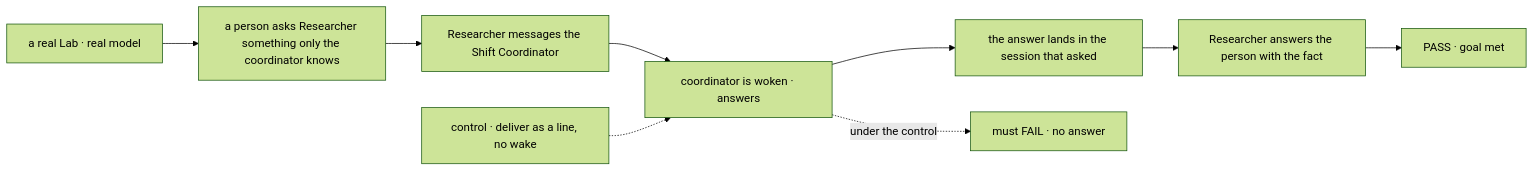
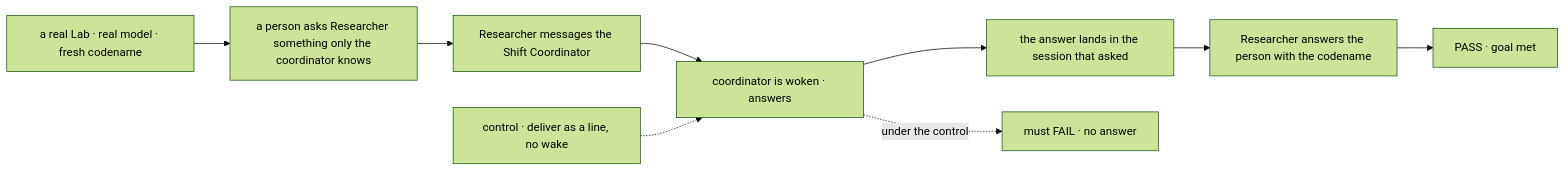
Before and after one commit to fixpoint-labs/flow-state-dev: the first of 2 diagrams in specs/issues/FIX-1989/SPEC.md, drawn with Mermaid (forest theme). The commit also changed other lines of this file and 2 other files, not shown here.

````diff
--- a/specs/issues/FIX-1989/SPEC.md
+++ b/specs/issues/FIX-1989/SPEC.md
@@ -33,11 +35,11 @@
 ```mermaid
 flowchart LR
-  L["a real Lab · real model"] --> P["a person asks Researcher something only the coordinator knows"]
+  L["a real Lab · real model · fresh codename"] --> P["a person asks Researcher something only the coordinator knows"]
   P --> M["Researcher messages the Shift Coordinator"]
   M --> W["coordinator is woken · answers"]
   W --> R["the answer lands in the session that asked"]
-  R --> A["Researcher answers the person with the fact"]
+  R --> A["Researcher answers the person with the codename"]
   A --> V["PASS · goal met"]
   C["control · deliver as a line, no wake"] -.-> W
   W -.->|"under the control"| F["must FAIL · no answer"]
 ```
````
